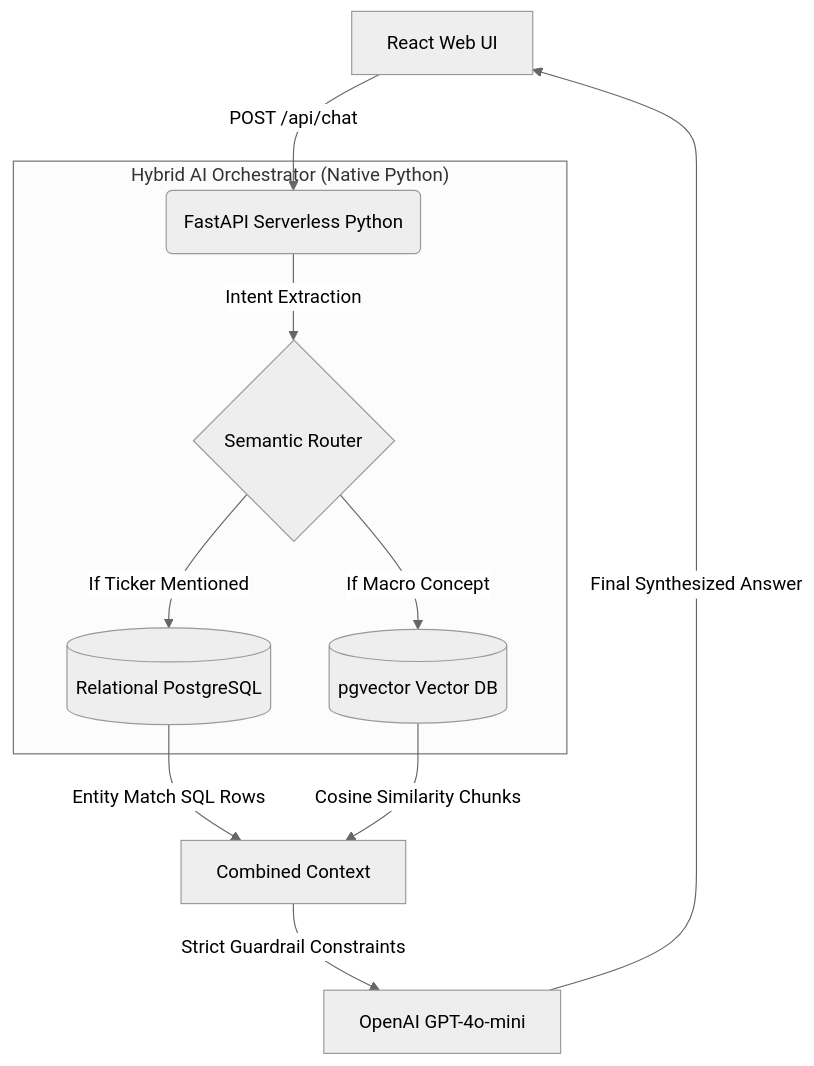
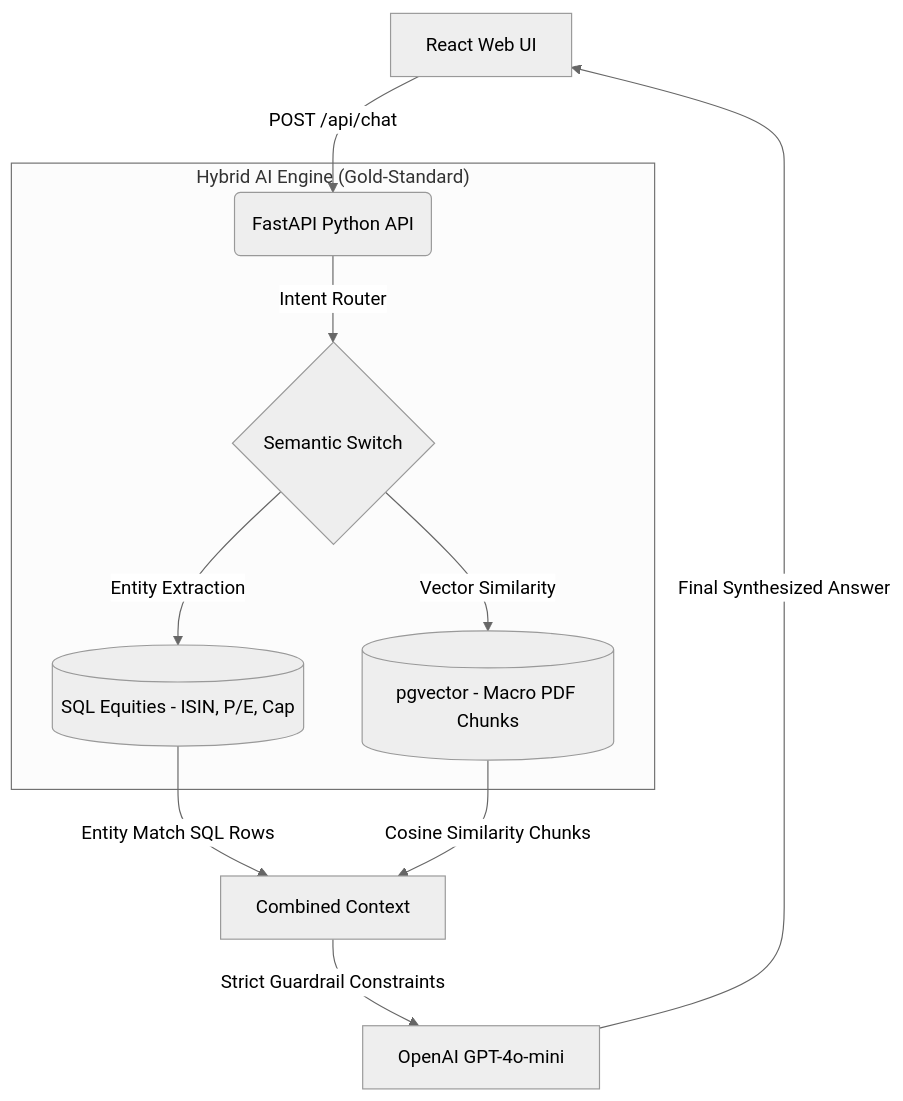
One commit to negraodenio/talk2data changed the diagram in README.md. Above: the diagram before and after it, drawn with Mermaid (neutral theme). The commit also changed other lines of this file and 2 other files, not shown here.

Commit message:
docs: finalize 100% assessment compliance documentation and unified REST API endpoints

````diff
--- a/README.md
+++ b/README.md
@@ -21,16 +21,16 @@
 ```mermaid
 graph TD
-    A[React Web UI] -->|POST /api/chat| B(FastAPI Serverless Python)
+    A[React Web UI] -->|POST /api/chat| B(FastAPI Python API)
     
-    subgraph "Hybrid AI Orchestrator (Native Python)"
-    B -->|Intent Extraction| C{Semantic Router}
-    C -->|If Ticker Mentioned| D[(Relational PostgreSQL)]
-    C -->|If Macro Concept| E[(pgvector Vector DB)]
+    subgraph "Hybrid AI Engine (Gold-Standard)"
+    B -->|Intent Router| C{Semantic Switch}
+    C -->|Entity Extraction| D[(SQL Equities - ISIN, P/E, Cap)]
+    C -->|Vector Similarity| E[(pgvector - Macro PDF Chunks)]
     end
     
     D -->|Entity Match SQL Rows| F[Combined Context]
     E -->|Cosine Similarity Chunks| F
     
     F -->|Strict Guardrail Constraints| G[OpenAI GPT-4o-mini]
     G -->|Final Synthesized Answer| A
 ```
````
